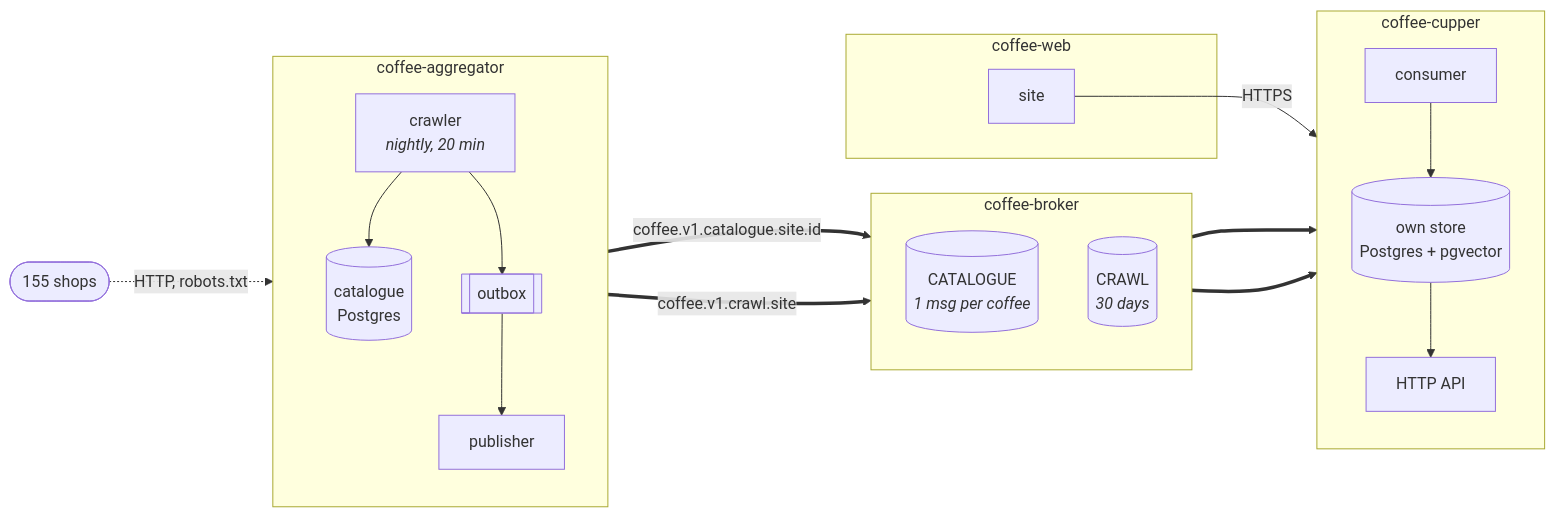
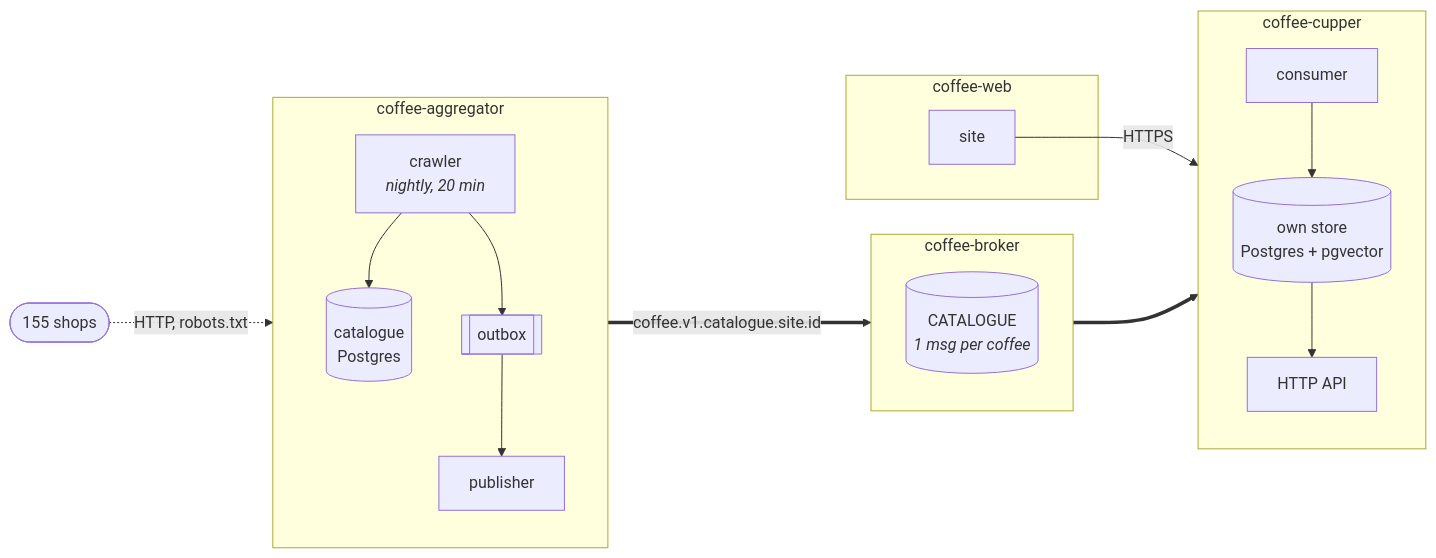
Before and after one commit to Edems10/coffee-contracts: the first of 4 diagrams in docs/architecture.md, drawn with Mermaid. The commit also changed other lines of this file and 12 other files, not shown here.

````diff
--- a/docs/architecture.md
+++ b/docs/architecture.md
@@ -9,39 +20,36 @@
 ```mermaid
 flowchart LR
     subgraph AGG["coffee-aggregator"]
         direction TB
         crawler["crawler<br/><i>nightly, 20 min</i>"]
         aggdb[("catalogue<br/>Postgres")]
         outbox[["outbox"]]
         pub["publisher"]
         crawler --> aggdb
         crawler --> outbox
         outbox --> pub
     end
 
     subgraph BROKER["coffee-broker"]
         direction TB
         cat[("CATALOGUE<br/><i>1 msg per coffee</i>")]
-        crw[("CRAWL<br/><i>30 days</i>")]
     end
 
     subgraph CUP["coffee-cupper"]
         direction TB
         consumer["consumer"]
         cupdb[("own store<br/>Postgres + pgvector")]
         api["HTTP API"]
         consumer --> cupdb
         cupdb --> api
     end
 
     subgraph WEB["coffee-web"]
         site["site"]
     end
 
     shops(["155 shops"]) -.->|"HTTP, robots.txt"| crawler
     pub ==>|"coffee.v1.catalogue.site.id"| cat
-    pub ==>|"coffee.v1.crawl.site"| crw
     cat ==> consumer
-    crw ==> consumer
     site -->|HTTPS| api
 ```
````
